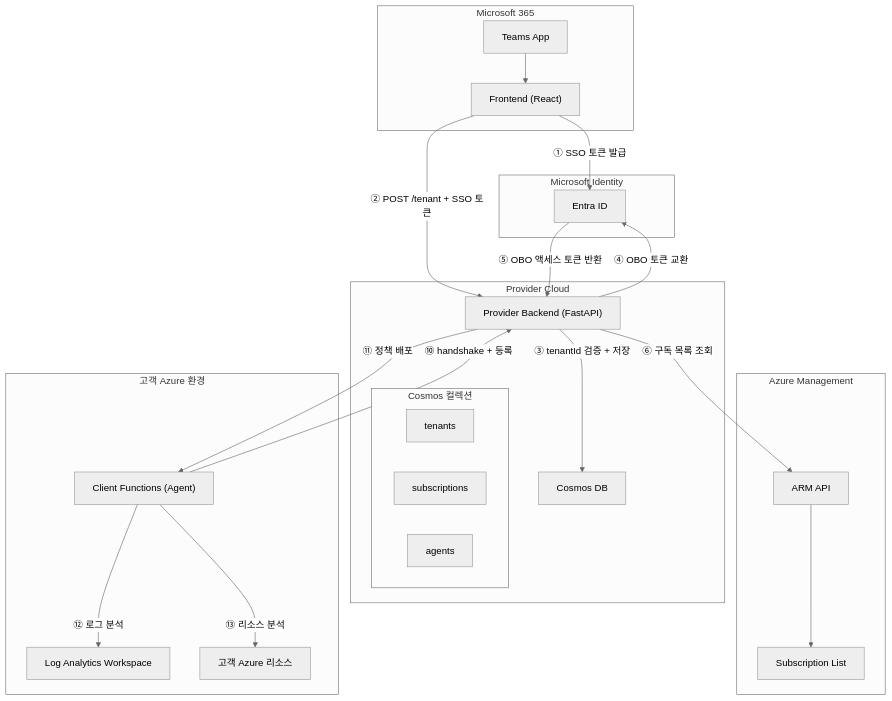
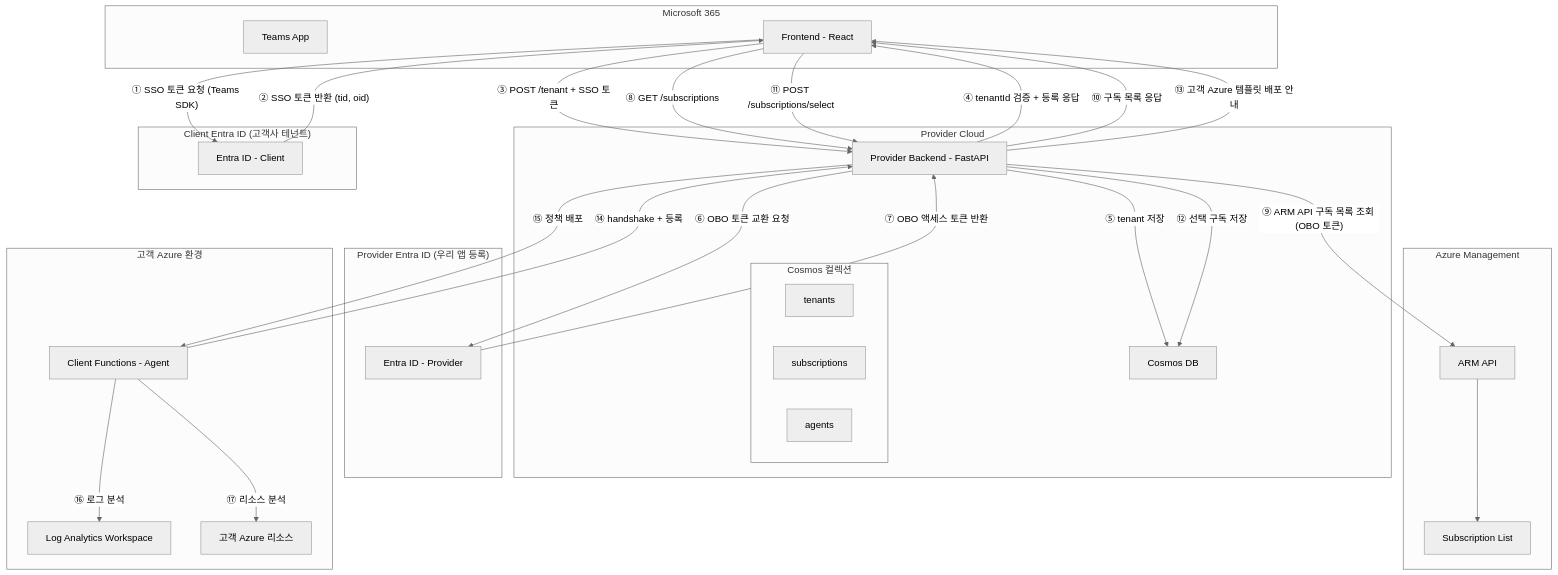
Before and after one commit to logDoctor/document: the first of 10 diagrams in azure/projects/onboarding-architecture.md, drawn with Mermaid (neutral theme). The commit also changed other lines of this file and 1 other file, not shown here.

Commit message:
fix: 온보딩 아키텍처 5가지 이슈 수정 (Entra ID 분리, SSO 흐름, 구독 로직)

````diff
--- a/azure/projects/onboarding-architecture.md
+++ b/azure/projects/onboarding-architecture.md
@@ -12,46 +12,68 @@
 ```mermaid
 graph TB
     subgraph "Microsoft 365"
         Teams["Teams App"]
-        Front["Frontend (React)"]
+        Front["Frontend - React"]
     end
 
     subgraph "Provider Cloud"
-        Provider["Provider Backend (FastAPI)"]
+        Provider["Provider Backend - FastAPI"]
         CosmosDB["Cosmos DB"]
         subgraph "Cosmos 컬렉션"
             TenantTable["tenants"]
             SubTable["subscriptions"]
             AgentTable["agents"]
         end
     end
 
-    subgraph "Microsoft Identity"
-        EntraID["Entra ID"]
+    subgraph "Provider Entra ID (우리 앱 등록)"
+        ProviderEntra["Entra ID - Provider"]
+    end
+
+    subgraph "Client Entra ID (고객사 테넌트)"
+        ClientEntra["Entra ID - Client"]
     end
 
     subgraph "Azure Management"
         ARM["ARM API"]
         SubList["Subscription List"]
     end
 
     subgraph "고객 Azure 환경"
-        ClientFn["Client Functions (Agent)"]
+        ClientFn["Client Functions - Agent"]
         LAW["Log Analytics Workspace"]
         CustomerRes["고객 Azure 리소스"]
     end
 
-    Teams --> Front
-    Front -->|"① SSO 토큰 발급"| EntraID
-    Front -->|"② POST /tenant + SSO 토큰"| Provider
-    Provider -->|"③ tenantId 검증 + 저장"| CosmosDB
-    Provider -->|"④ OBO 토큰 교환"| EntraID
-    EntraID -->|"⑤ OBO 액세스 토큰 반환"| Provider
-    Provider -->|"⑥ 구독 목록 조회"| ARM
+    %% SSO 토큰 발급: Teams SDK 왕복
+    Front -->|"① SSO 토큰 요청 (Teams SDK)"| ClientEntra
+    ClientEntra -->|"② SSO 토큰 반환 (tid, oid)"| Front
+
+    %% 테넌트 등록
+    Front -->|"③ POST /tenant + SSO 토큰"| Provider
+    Provider -->|"④ tenantId 검증 + 등록 응답"| Front
+
+    %% Cosmos 저장
+    Provider -->|"⑤ tenant 저장"| CosmosDB
+
+    %% OBO 토큰 교환
+    Provider -->|"⑥ OBO 토큰 교환 요청"| ProviderEntra
+    ProviderEntra -->|"⑦ OBO 액세스 토큰 반환"| Provider
+
+    %% 구독 조회
+    Front -->|"⑧ GET /subscriptions"| Provider
+    Provider -->|"⑨ ARM API 구독 목록 조회 (OBO 토큰)"| ARM
     ARM --> SubList
+    Provider -->|"⑩ 구독 목록 응답"| Front
 
-    ClientFn -->|"⑩ handshake + 등록"| Provider
-    Provider -->|"⑪ 정책 배포"| ClientFn
-    ClientFn -->|"⑫ 로그 분석"| LAW
-    ClientFn -->|"⑬ 리소스 분석"| CustomerRes
+    %% 구독 선택 + 저장
+    Front -->|"⑪ POST /subscriptions/select"| Provider
+    Provider -->|"⑫ 선택 구독 저장"| CosmosDB
+
+    %% Agent 배포 + Handshake
+    Provider -->|"⑬ 고객 Azure 템플릿 배포 안내"| Front
+    ClientFn -->|"⑭ handshake + 등록"| Provider
+    Provider -->|"⑮ 정책 배포"| ClientFn
+    ClientFn -->|"⑯ 로그 분석"| LAW
+    ClientFn -->|"⑰ 리소스 분석"| CustomerRes
 ```
````
